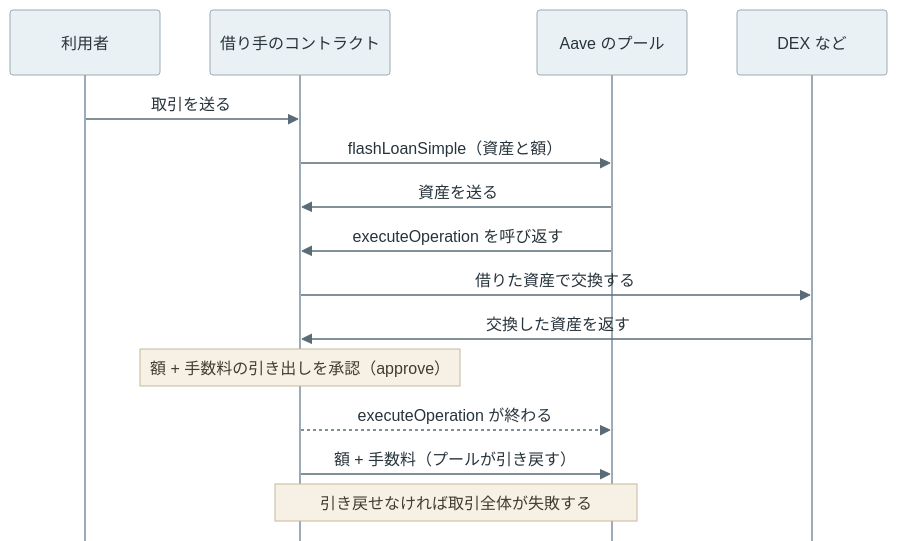
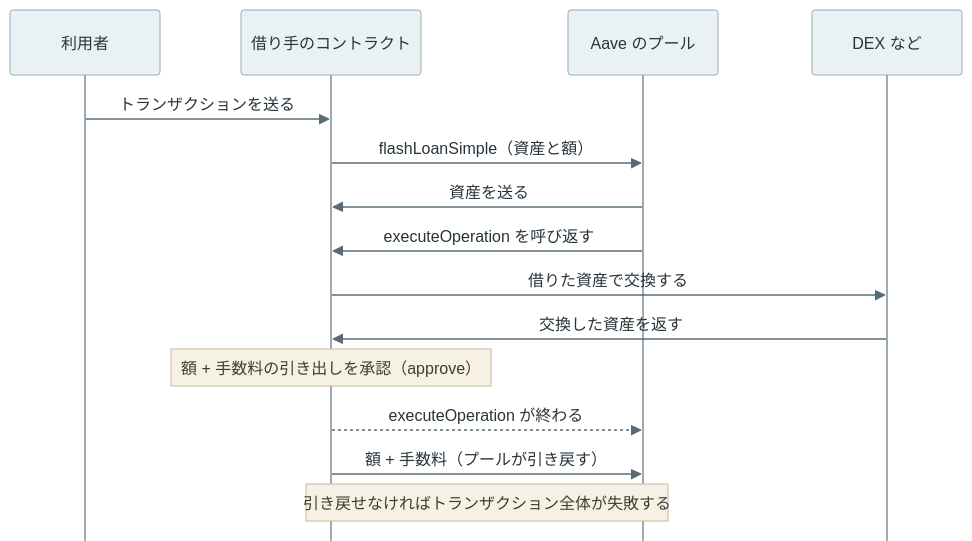
One commit to nao1215/debimate changed the diagram in content/notes/blockchain-systems/flash-loan/index.md. Above: the diagram before and after it, drawn with Mermaid. The commit also changed other lines of this file and 11 other files, not shown here.

````diff
--- a/content/notes/blockchain-systems/flash-loan/index.md
+++ b/content/notes/blockchain-systems/flash-loan/index.md
@@ -44,18 +44,18 @@
 ```mermaid
 %%{init: {"theme":"base","sequence":{"mirrorActors":false},"themeVariables":{"primaryColor":"#eaf1f5","primaryTextColor":"#28343b","primaryBorderColor":"#9cabb5","lineColor":"#596b76","textColor":"#28343b","actorBkg":"#eaf1f5","actorBorder":"#9cabb5","actorTextColor":"#28343b","actorLineColor":"#9cabb5","signalColor":"#596b76","signalTextColor":"#28343b","noteBkgColor":"#f7f1e5","noteBorderColor":"#c5b99b","noteTextColor":"#403c32"}}}%%
 sequenceDiagram
     participant U as 利用者
     participant R as 借り手のコントラクト
     participant P as Aave のプール
     participant D as DEX など
-    U->>R: 取引を送る
+    U->>R: トランザクションを送る
     R->>P: flashLoanSimple（資産と額）
     P->>R: 資産を送る
     P->>R: executeOperation を呼び返す
     R->>D: 借りた資産で交換する
     D->>R: 交換した資産を返す
     Note over R: 額 + 手数料の引き出しを承認（approve）
     R-->>P: executeOperation が終わる
     R->>P: 額 + 手数料（プールが引き戻す）
-    Note over P,R: 引き戻せなければ取引全体が失敗する
+    Note over P,R: 引き戻せなければトランザクション全体が失敗する
 ```
````
